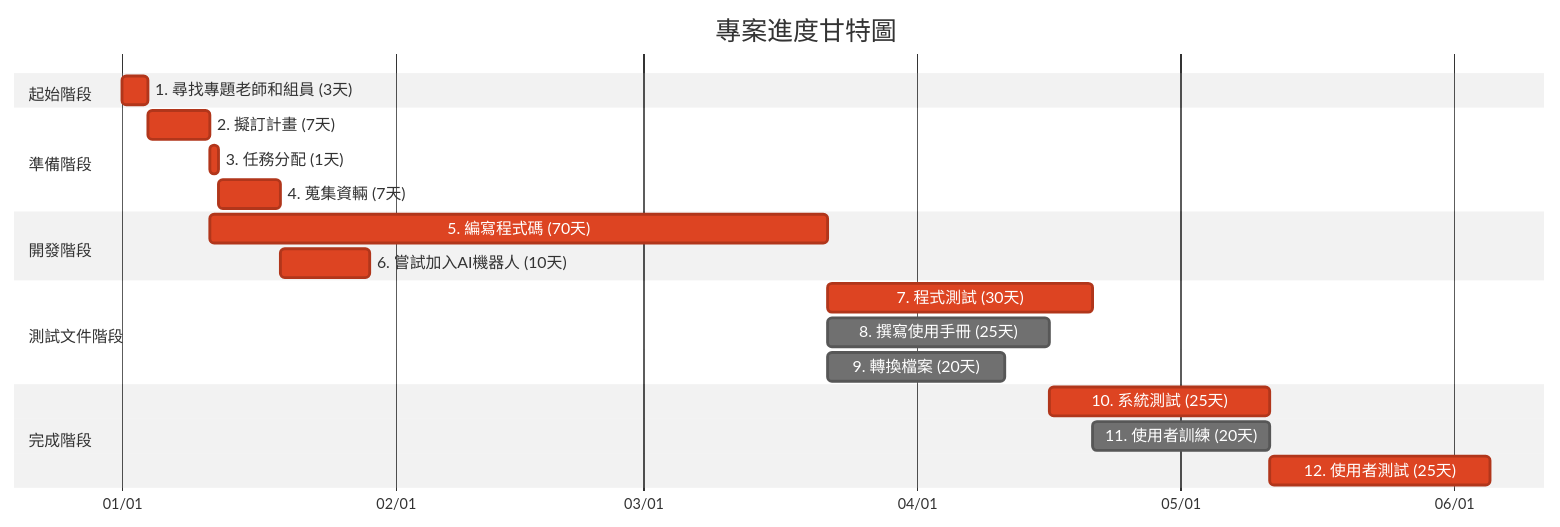
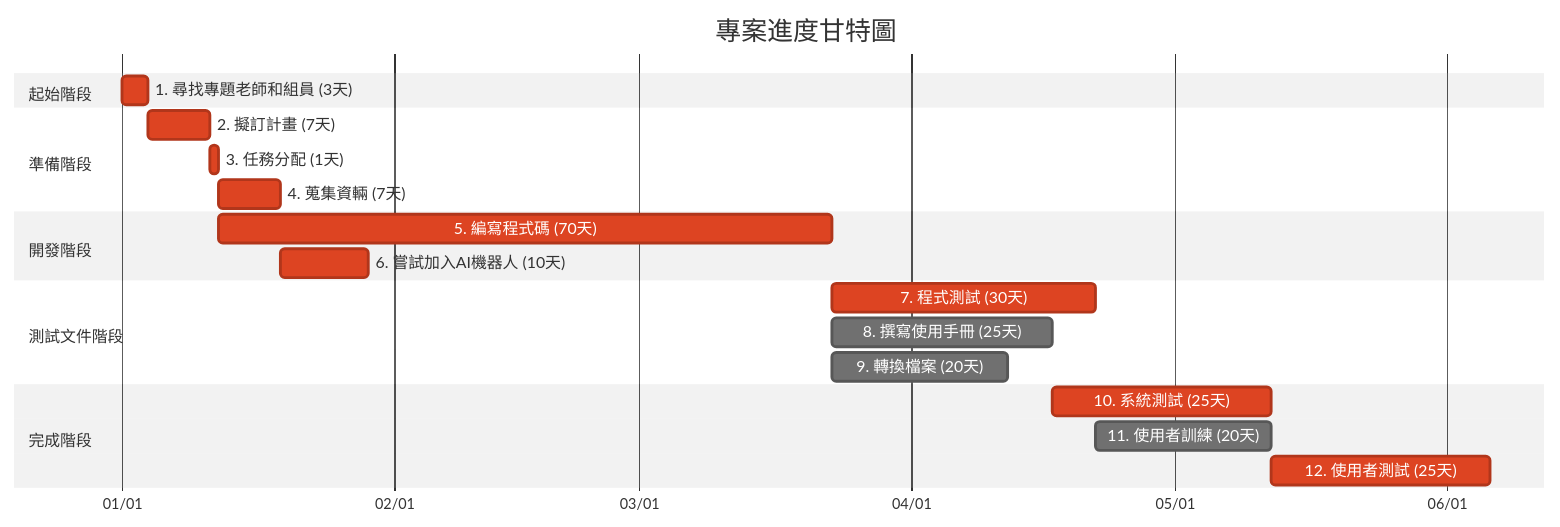
Before and after one commit to c112118202-droid/-: the second of 3 diagrams in hw2.md, drawn with Mermaid (neutral theme).

````diff
--- a/hw2.md
+++ b/hw2.md
@@ -28,28 +28,28 @@
 ```mermaid
 gantt
     title 專案進度甘特圖
     dateFormat YYYY-MM-DD
     axisFormat %m/%d
     
     section 起始階段
     1. 尋找專題老師和組員 (3天)     :crit, m1, 2025-01-01, 3d
     
     section 準備階段
     2. 擬訂計畫 (7天)     :crit, m2, after m1, 7d
     3. 任務分配 (1天)    :crit, m3, after m2, 1d
     4. 蒐集資輛 (7天)    :crit, m4, after m3, 7d
 
     section 開發階段
-    5. 編寫程式碼 (70天)    :crit, m5, after m2, 70d
+    5. 編寫程式碼 (70天)    :crit, m5, after m3, 70d
     6. 嘗試加入AI機器人 (10天)    :crit, m6, after m4, 10d
     
     section 測試文件階段
     7. 程式測試 (30天)    :crit, m7, after m5, 30d
     8. 撰寫使用手冊 (25天) :m8, after m5, 25d
     9. 轉換檔案 (20天)     :m9, after m5, 20d
     
     section 完成階段
     10. 系統測試 (25天)    :crit, m10, after m8, 25d
     11. 使用者訓練 (20天)  :m11, after m7 m8, 20d
     12. 使用者測試 (25天)  :crit, m12, after m9 m10, 25d
 ```
````
